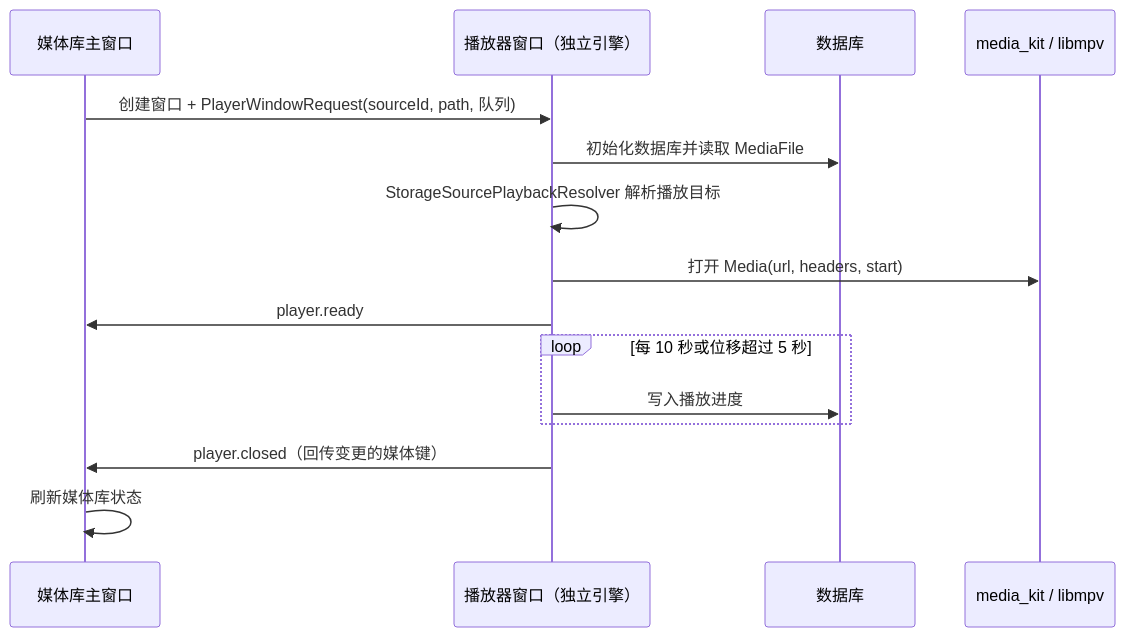
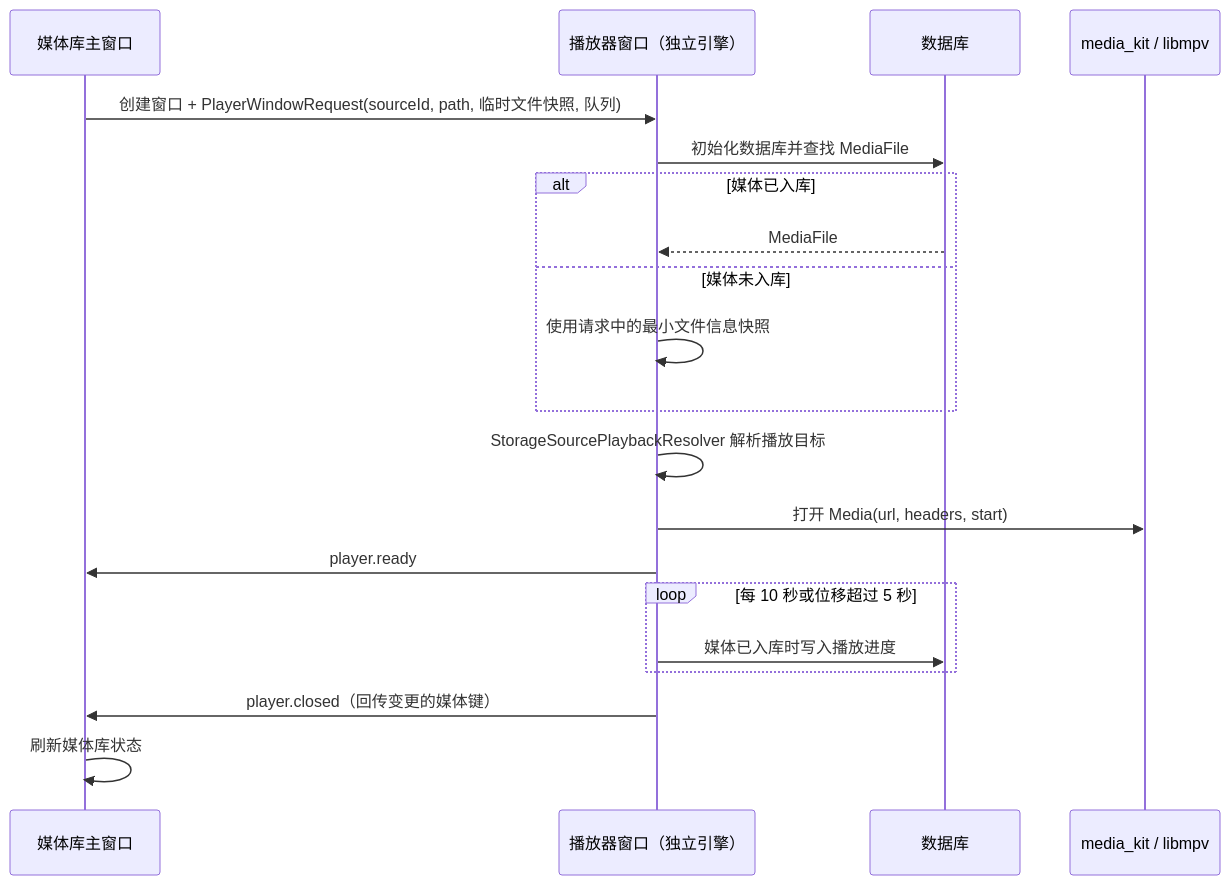
Before and after one commit to sen-to/mochi_player: the diagram in docs/architecture/playback.md, drawn with Mermaid. The commit also changed other lines of this file and 3 other files, not shown here.

````diff
--- a/docs/architecture/playback.md
+++ b/docs/architecture/playback.md
@@ -5,17 +5,22 @@
 ```mermaid
 sequenceDiagram
   participant UI as 媒体库主窗口
   participant MW as 播放器窗口（独立引擎）
   participant DB as 数据库
   participant MPV as media_kit / libmpv
-  UI->>MW: 创建窗口 + PlayerWindowRequest(sourceId, path, 队列)
-  MW->>DB: 初始化数据库并读取 MediaFile
+  UI->>MW: 创建窗口 + PlayerWindowRequest(sourceId, path, 临时文件快照, 队列)
+  MW->>DB: 初始化数据库并查找 MediaFile
+  alt 媒体已入库
+    DB-->>MW: MediaFile
+  else 媒体未入库
+    MW->>MW: 使用请求中的最小文件信息快照
+  end
   MW->>MW: StorageSourcePlaybackResolver 解析播放目标
   MW->>MPV: 打开 Media(url, headers, start)
   MW->>UI: player.ready
   loop 每 10 秒或位移超过 5 秒
-    MW->>DB: 写入播放进度
+    MW->>DB: 媒体已入库时写入播放进度
   end
   MW->>UI: player.closed（回传变更的媒体键）
   UI->>UI: 刷新媒体库状态
 ```
````
